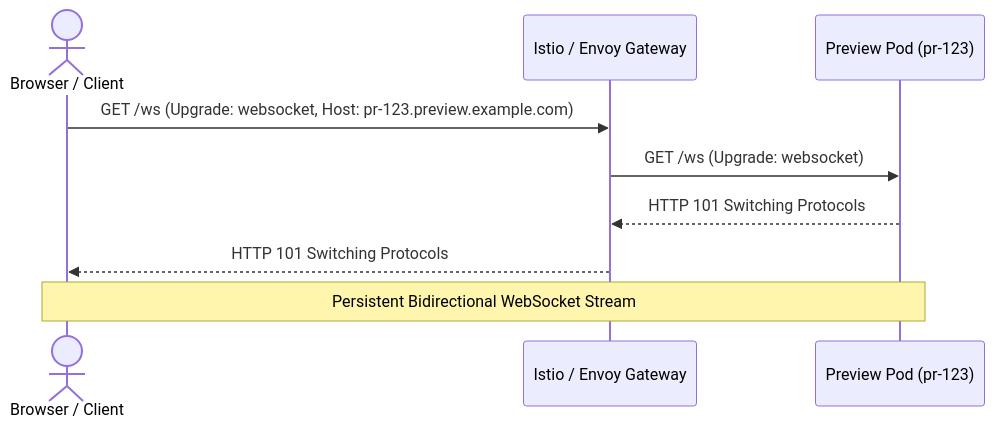
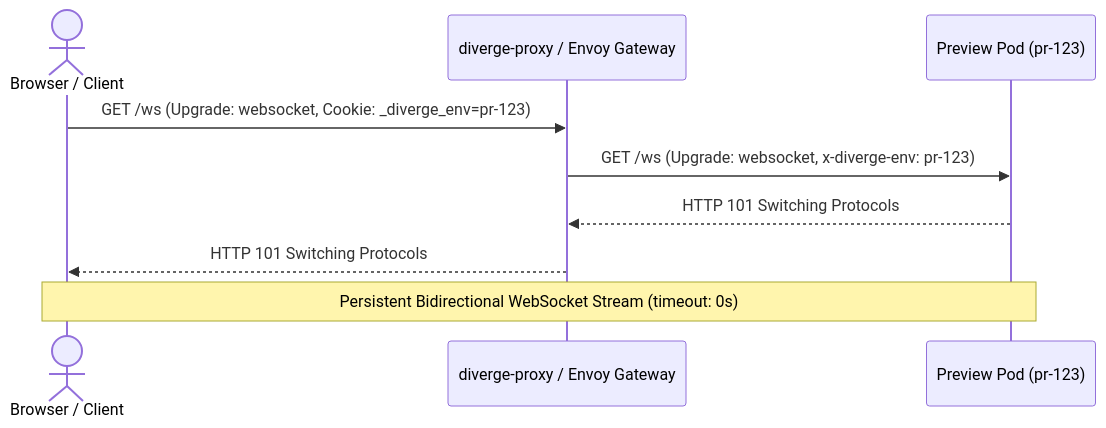
The diagram in src/content/docs/guides/websocket.md (divergedev/divergedev.github.io), drawn with Mermaid before and after one commit. The commit also changed other lines of this file and 35 other files, not shown here.

````diff
--- a/src/content/docs/guides/websocket.md
+++ b/src/content/docs/guides/websocket.md
@@ -22,12 +49,12 @@
 ```mermaid
 sequenceDiagram
     actor Client as Browser / Client
-    participant Gateway as Istio / Envoy Gateway
+    participant Gateway as diverge-proxy / Envoy Gateway
     participant PreviewPod as Preview Pod (pr-123)
 
-    Client->>Gateway: GET /ws (Upgrade: websocket, Host: pr-123.preview.example.com)
-    Gateway->>PreviewPod: GET /ws (Upgrade: websocket)
+    Client->>Gateway: GET /ws (Upgrade: websocket, Cookie: _diverge_env=pr-123)
+    Gateway->>PreviewPod: GET /ws (Upgrade: websocket, x-diverge-env: pr-123)
     PreviewPod-->>Gateway: HTTP 101 Switching Protocols
     Gateway-->>Client: HTTP 101 Switching Protocols
-    Note over Client, PreviewPod: Persistent Bidirectional WebSocket Stream
+    Note over Client, PreviewPod: Persistent Bidirectional WebSocket Stream (timeout: 0s)
 ```
````
